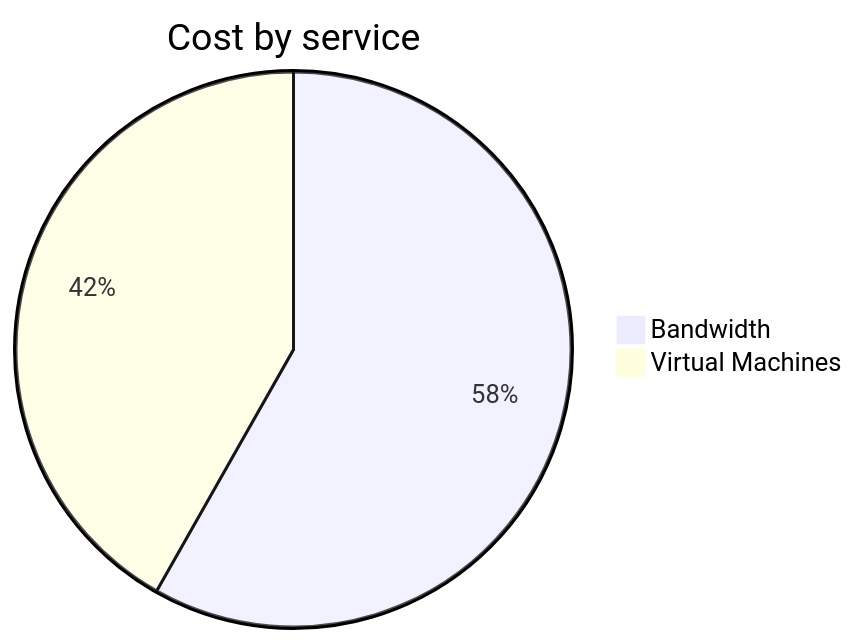
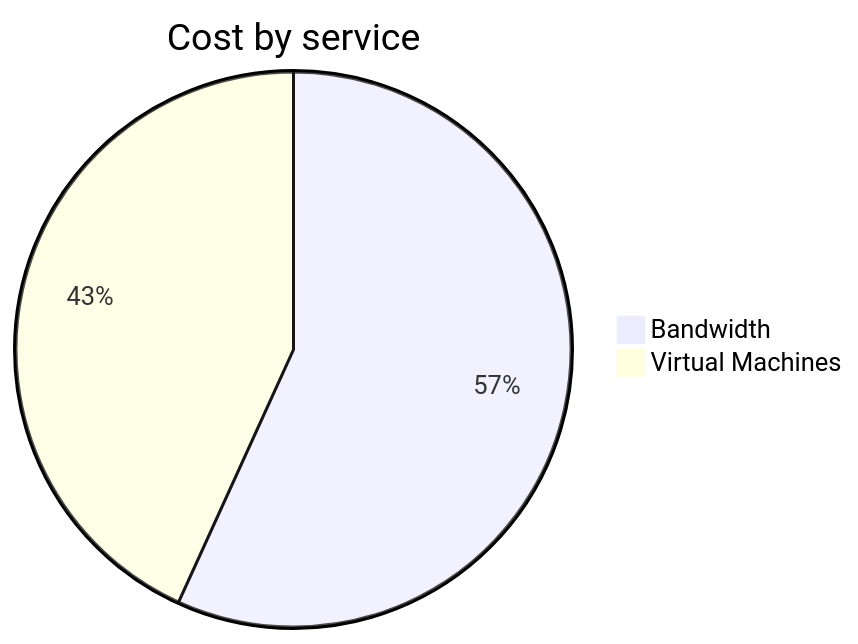
One commit to jpfulton/azure-personal-reports changed the second of 4 diagrams in cost-reports/personal-network/vpn-server.md. Above: the diagram before and after it, drawn with Mermaid. The commit also changed other lines of this file and 8 other files, not shown here.

````diff
--- a/cost-reports/personal-network/vpn-server.md
+++ b/cost-reports/personal-network/vpn-server.md
@@ -96,6 +96,6 @@
 ```mermaid
 pie
    title Cost by service
    "Bandwidth" : 4.68
-   "Virtual Machines" : 3.36
+   "Virtual Machines" : 3.56
 ```
````
